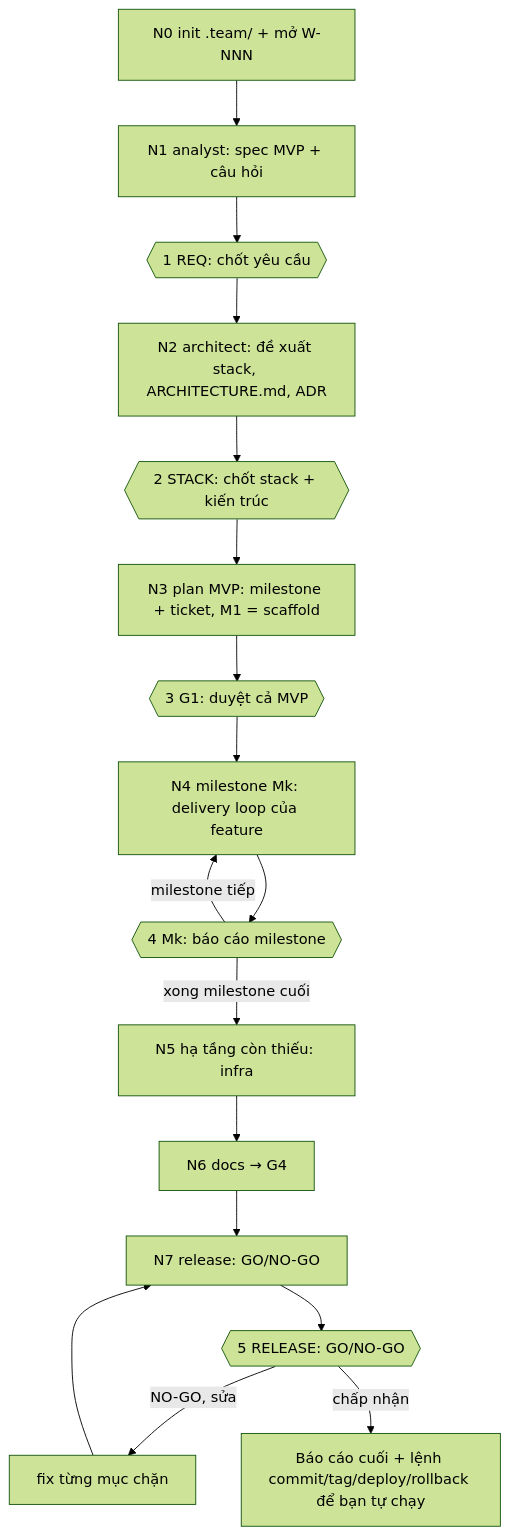
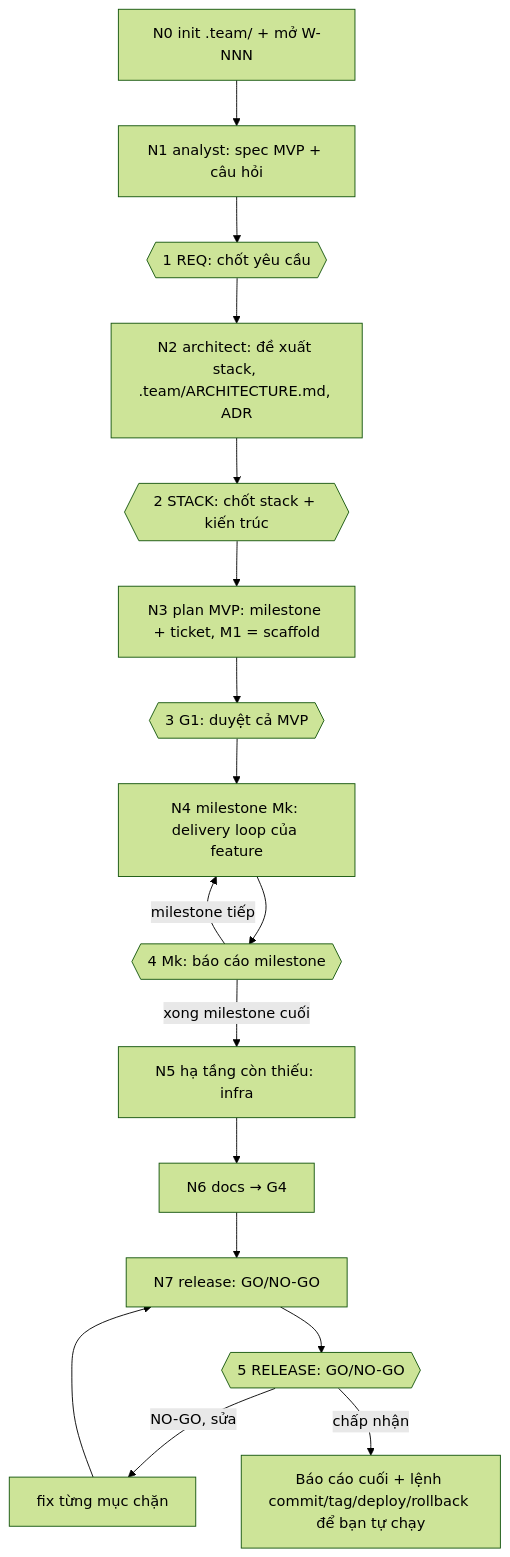
Before and after one commit to Tuan-Quyen/technical-teams: the third of 4 diagrams in README.md, drawn with Mermaid (forest theme). The commit also changed other lines of this file and 24 other files, not shown here.

````diff
--- a/README.md
+++ b/README.md
@@ -255,18 +255,18 @@
 ```mermaid
 flowchart TD
   N0[N0 init .team/ + mở W-NNN] --> N1[N1 analyst: spec MVP + câu hỏi]
   N1 --> REQ{{1 REQ: chốt yêu cầu}}
-  REQ --> N2[N2 architect: đề xuất stack, ARCHITECTURE.md, ADR]
+  REQ --> N2[N2 architect: đề xuất stack, .team/ARCHITECTURE.md, ADR]
   N2 --> STACK{{2 STACK: chốt stack + kiến trúc}}
   STACK --> N3[N3 plan MVP: milestone + ticket, M1 = scaffold]
   N3 --> G1{{3 G1: duyệt cả MVP}}
   G1 --> N4[N4 milestone Mk: delivery loop của feature]
   N4 --> MK{{4 Mk: báo cáo milestone}}
   MK -- milestone tiếp --> N4
   MK -- xong milestone cuối --> N5[N5 hạ tầng còn thiếu: infra]
   N5 --> N6[N6 docs → G4]
   N6 --> N7[N7 release: GO/NO-GO]
   N7 --> REL{{5 RELEASE: GO/NO-GO}}
   REL -- NO-GO, sửa --> FX[fix từng mục chặn] --> N7
   REL -- chấp nhận --> END[Báo cáo cuối + lệnh commit/tag/deploy/rollback để bạn tự chạy]
 ```
````
